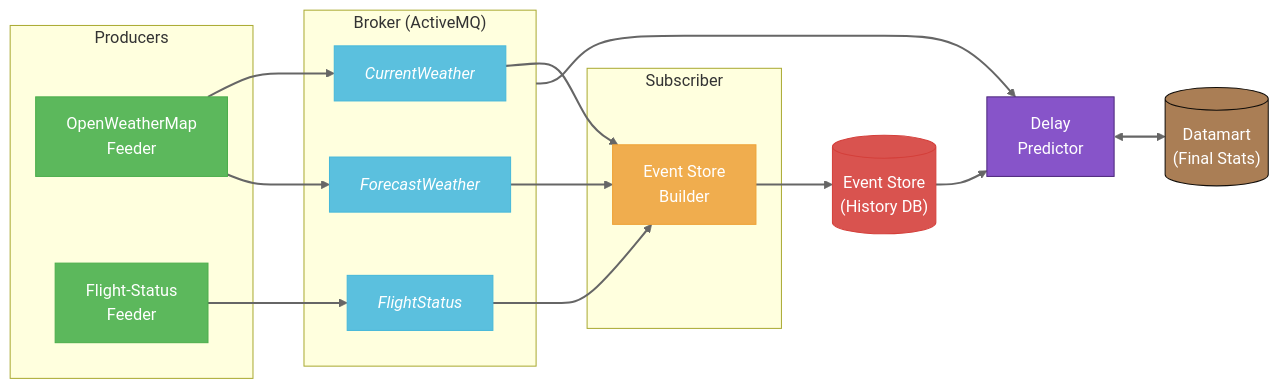
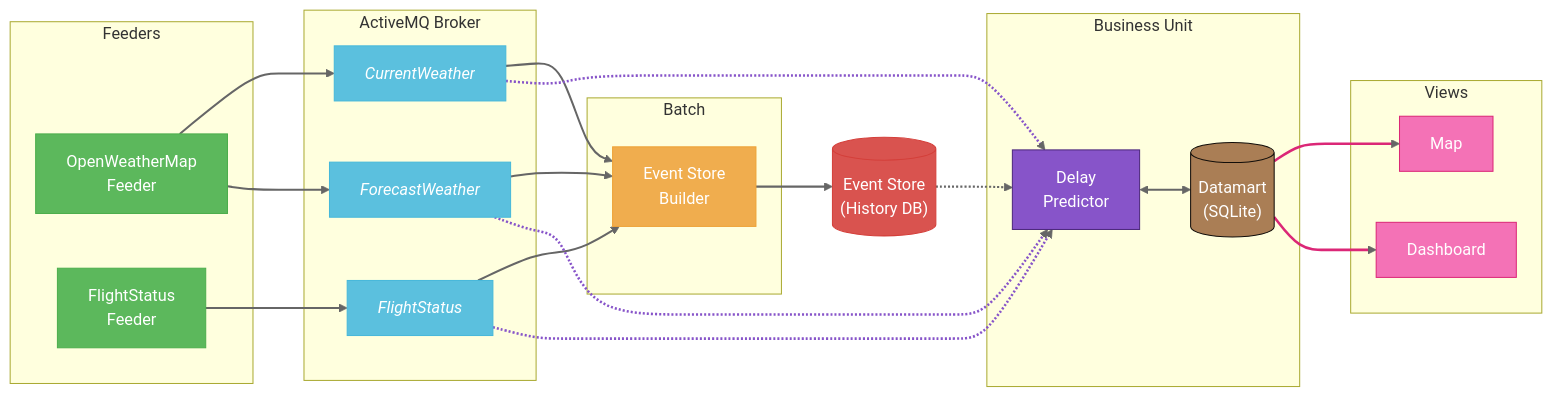
Before and after one commit to NoVibesJustCode/sky-delay-forecast: the first of 2 diagrams in README.md, drawn with Mermaid. The commit also changed other lines of this file, not shown here.

Commit message:
docs: update System Architecture diagram

````diff
--- a/README.md
+++ b/README.md
@@ -176,47 +189,66 @@
 ```mermaid
 flowchart LR
     classDef producer fill:#5cb85c,stroke:#4cae4c,color:white,stroke-width:1px
     classDef broker fill:#428bca,stroke:#357ebd,color:white,stroke-width:1px
     classDef queue fill:#5bc0de,stroke:#46b8da,color:white,stroke-width:1px,font-style:italic
     classDef subscriber fill:#f0ad4e,stroke:#eea236,color:white,stroke-width:1px
     classDef storage fill:#d9534f,stroke:#d43f3a,color:white,stroke-width:1px
     classDef Predictor fill:#8754C9,stroke:#4C277C,color:white,stroke-width:1px
     classDef Datamart fill:#AA7E55,stroke:#110D09,color:white,stroke-width:1px
+    classDef view fill:#f472b6,stroke:#db2777,color:white,stroke-width:1px
 
-    subgraph Producers
+    subgraph Producers ["Feeders"]
         weather["OpenWeatherMap<br/>Feeder"]:::producer
-        flights["Flight-Status<br/>Feeder"]:::producer
+        flights["FlightStatus<br/>Feeder"]:::producer
     end
     
-    subgraph ActiveMQ["Broker (ActiveMQ)"]
+    subgraph ActiveMQ ["ActiveMQ Broker"]
         temp["CurrentWeather"]:::queue
         forecast["ForecastWeather"]:::queue
         f_status["FlightStatus"]:::queue
     end
     
-    subgraph Subscriber
+    subgraph BatchLayer ["Batch"]
         esBuilder["Event Store<br/>Builder"]:::subscriber
     end
     
     eventStore[("Event Store<br/>(History DB)")]:::storage
     
-    delayPredictor["Delay<br/>Predictor"]:::Predictor
-    dataMart[("Datamart<br/>(Final Stats)")]:::Datamart
+    subgraph BusinessUnit ["Business Unit"]
+        delayPredictor["Delay<br/>Predictor"]:::Predictor
+        dataMart[("Datamart<br/>(SQLite)")]:::Datamart
+    end
+
+    subgraph Presentation ["Views"]
+        mapView["Map"]:::view
+        dashboardView["Dashboard"]:::view
+    end
     
+    %% Ingestion (Links 0, 1, 2)
     weather --> temp
     weather --> forecast
     flights --> f_status
     
+    %% Batch Path (Links 3, 4, 5, 6)
     temp --> esBuilder
     forecast --> esBuilder
     f_status --> esBuilder
+    esBuilder --> eventStore
     
-    esBuilder --> eventStore
-    eventStore --> delayPredictor
+    %% Model Training (Link 7)
+    eventStore -.-> delayPredictor
     
+    %% Real-time Inference (Links 8, 9, 10)
+    f_status -.-> delayPredictor
+    forecast -.-> delayPredictor
+    temp -.-> delayPredictor
+    
+    %% Serving & Data Flow (Links 11, 12, 13)
     delayPredictor <--> dataMart
-    
-    ActiveMQ --> delayPredictor
+    dataMart ==> mapView
+    dataMart ==> dashboardView
     
     linkStyle default stroke:#666,stroke-width:2px;
+    linkStyle 8,9,10 stroke:#8754C9,stroke-width:2.5px;
+    linkStyle 12,13 stroke:#db2777,stroke-width:2.5px;
 ```
````
